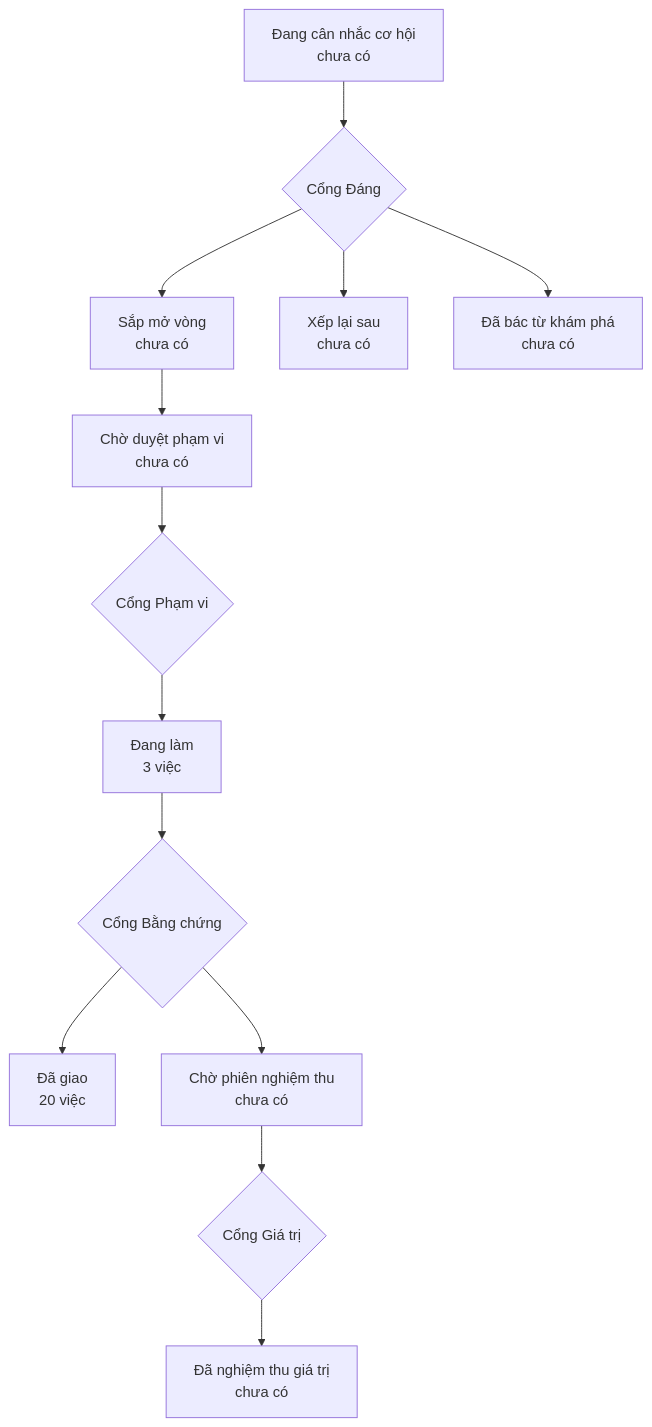
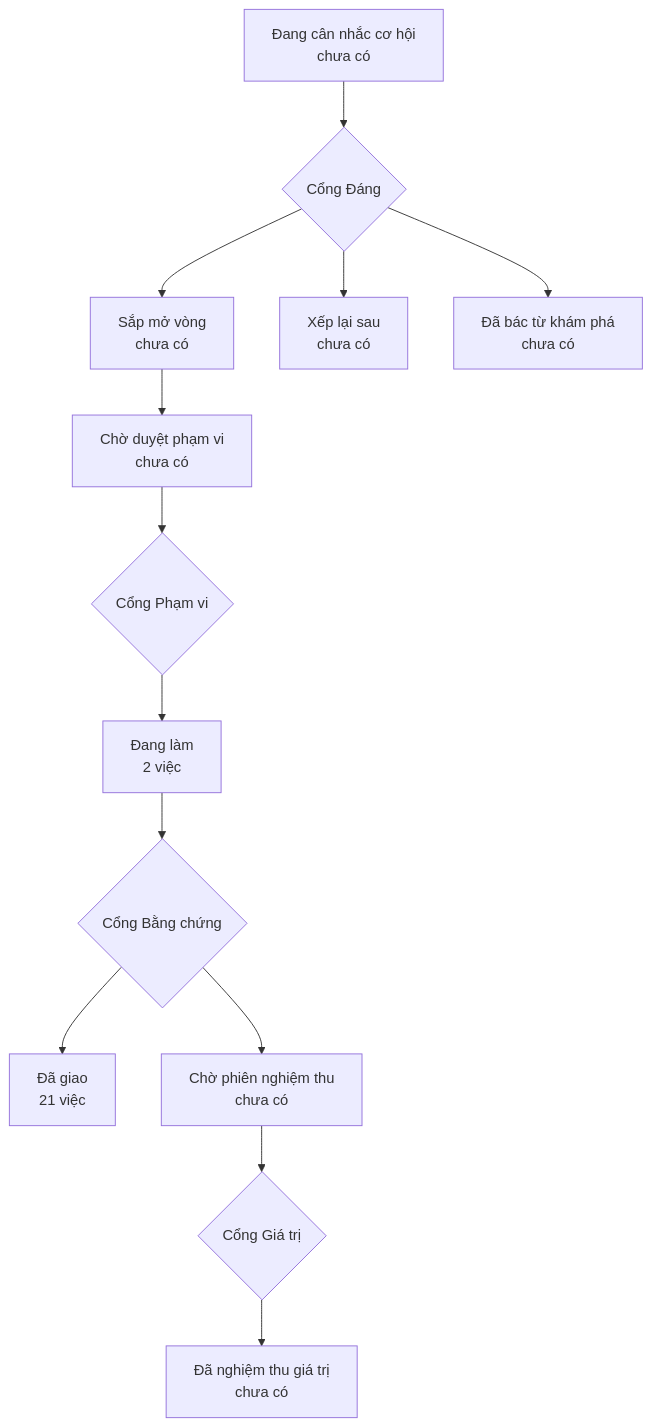
One commit to phanlemanh/acceptance-gate-kit changed the diagram in PRODUCT-MAP.md. Above: the diagram before and after it, drawn with Mermaid. The commit also changed 3 other files, not shown here.

````diff
--- a/PRODUCT-MAP.md
+++ b/PRODUCT-MAP.md
@@ -6,12 +6,12 @@
 ```mermaid
 flowchart TD
   A["Đang cân nhắc cơ hội<br/>chưa có"] --> GD{"Cổng Đáng"}
   GD --> B["Sắp mở vòng<br/>chưa có"]
   GD --> XL["Xếp lại sau<br/>chưa có"]
   GD --> DB["Đã bác từ khám phá<br/>chưa có"]
   B --> CD["Chờ duyệt phạm vi<br/>chưa có"] --> GP{"Cổng Phạm vi"}
-  GP --> DL["Đang làm<br/>3 việc"] --> GB{"Cổng Bằng chứng"}
-  GB --> DG["Đã giao<br/>20 việc"]
+  GP --> DL["Đang làm<br/>2 việc"] --> GB{"Cổng Bằng chứng"}
+  GB --> DG["Đã giao<br/>21 việc"]
   GB --> CN["Chờ phiên nghiệm thu<br/>chưa có"] --> GG{"Cổng Giá trị"}
   GG --> NT["Đã nghiệm thu giá trị<br/>chưa có"]
 ```
````
